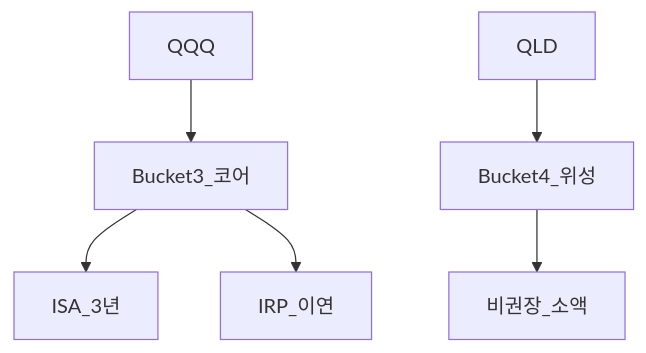
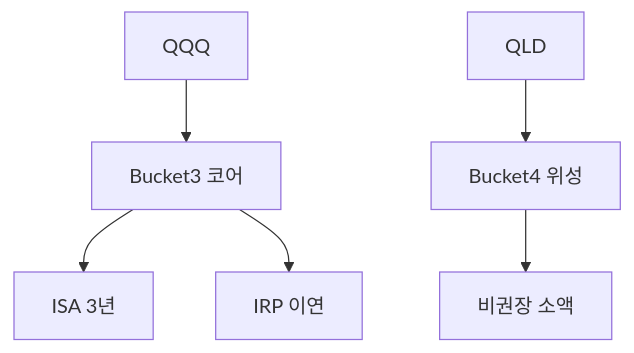
One commit to goldanghenry/Finances changed the second of 2 diagrams in 06-korea-policy/tax/account-product-tax-map.md. Above: the diagram before and after it, drawn with Mermaid. The commit also changed other lines of this file and 211 other files, not shown here.

````diff
--- a/06-korea-policy/tax/account-product-tax-map.md
+++ b/06-korea-policy/tax/account-product-tax-map.md
@@ -106,8 +117,8 @@
 ```mermaid
 flowchart TD
-  Q[QQQ] --> Core[Bucket3_코어]
-  Core --> ISA[ISA_3년]
-  Core --> IRP[IRP_이연]
-  QLD[QLD] --> Sat[Bucket4_위성]
-  Sat --> Warn[비권장_소액]
+  Q[QQQ] --> Core["Bucket3 코어"]
+  Core --> ISA["ISA 3년"]
+  Core --> IRP["IRP 이연"]
+  QLD[QLD] --> Sat["Bucket4 위성"]
+  Sat --> Warn["비권장 소액"]
 ```
````
